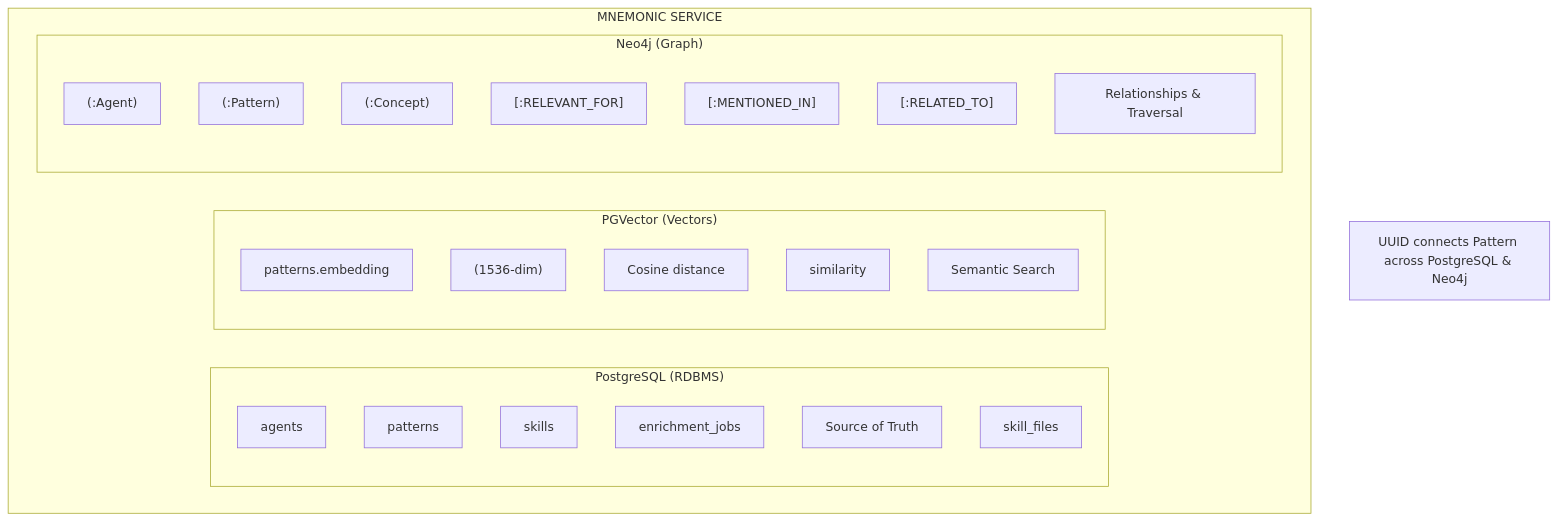
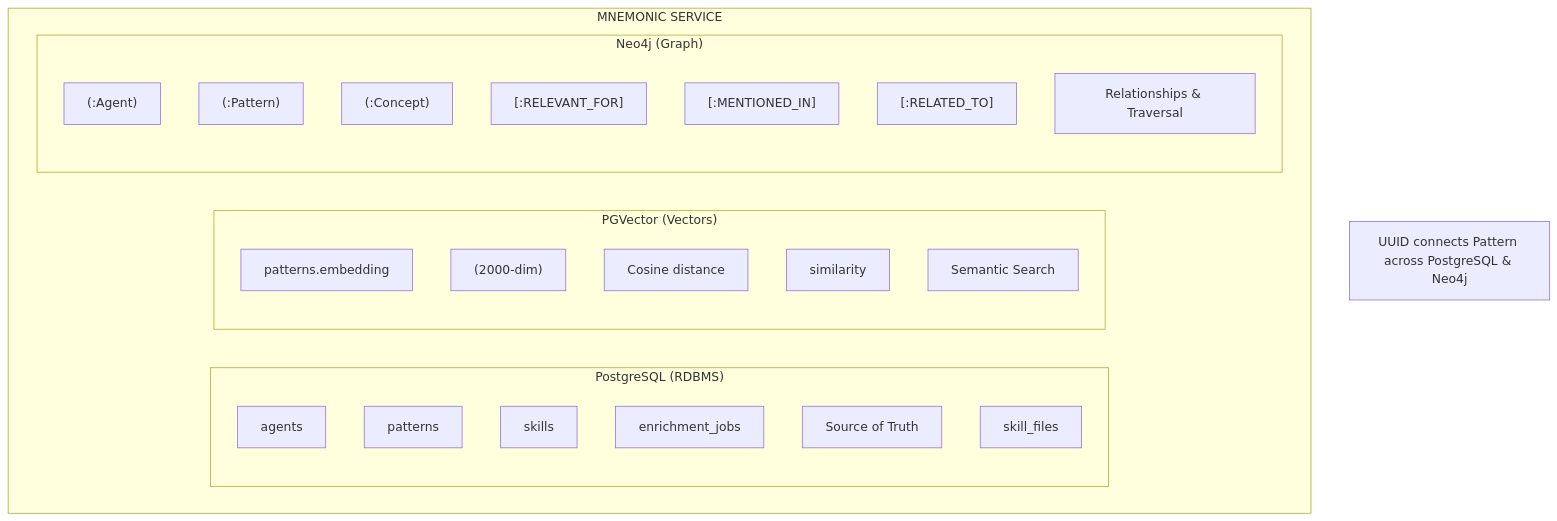
Before and after one commit to twistingmercury/mnemonic-mcp: the first of 4 diagrams in docs/architecture/05-database-integration-flow.md, drawn with Mermaid. The commit also changed other lines of this file and 13 other files, not shown here.

````diff
--- a/docs/architecture/05-database-integration-flow.md
+++ b/docs/architecture/05-database-integration-flow.md
@@ -70,33 +70,33 @@
 ```mermaid
 flowchart TB
     subgraph MNEMONIC_SERVICE["MNEMONIC SERVICE"]
         subgraph PostgreSQL["PostgreSQL (RDBMS)"]
             PG1["agents"]
             PG2["patterns"]
             PG3["skills"]
             PG4["enrichment_jobs"]
             PG5["Source of Truth"]
             PG6["skill_files"]
         end
 
         subgraph PGVector["PGVector (Vectors)"]
             PV1["patterns.embedding"]
-            PV2["(1536-dim)"]
+            PV2["(2000-dim)"]
             PV3["Cosine distance"]
             PV4["similarity"]
             PV5["Semantic Search"]
         end
 
         subgraph Neo4j["Neo4j (Graph)"]
             N1["(:Agent)"]
             N2["(:Pattern)"]
             N3["(:Concept)"]
             N4["[:RELEVANT_FOR]"]
             N5["[:MENTIONED_IN]"]
             N6["[:RELATED_TO]"]
             N7["Relationships & Traversal"]
         end
     end
 
     Note["UUID connects Pattern across PostgreSQL & Neo4j"]
 ```
````
